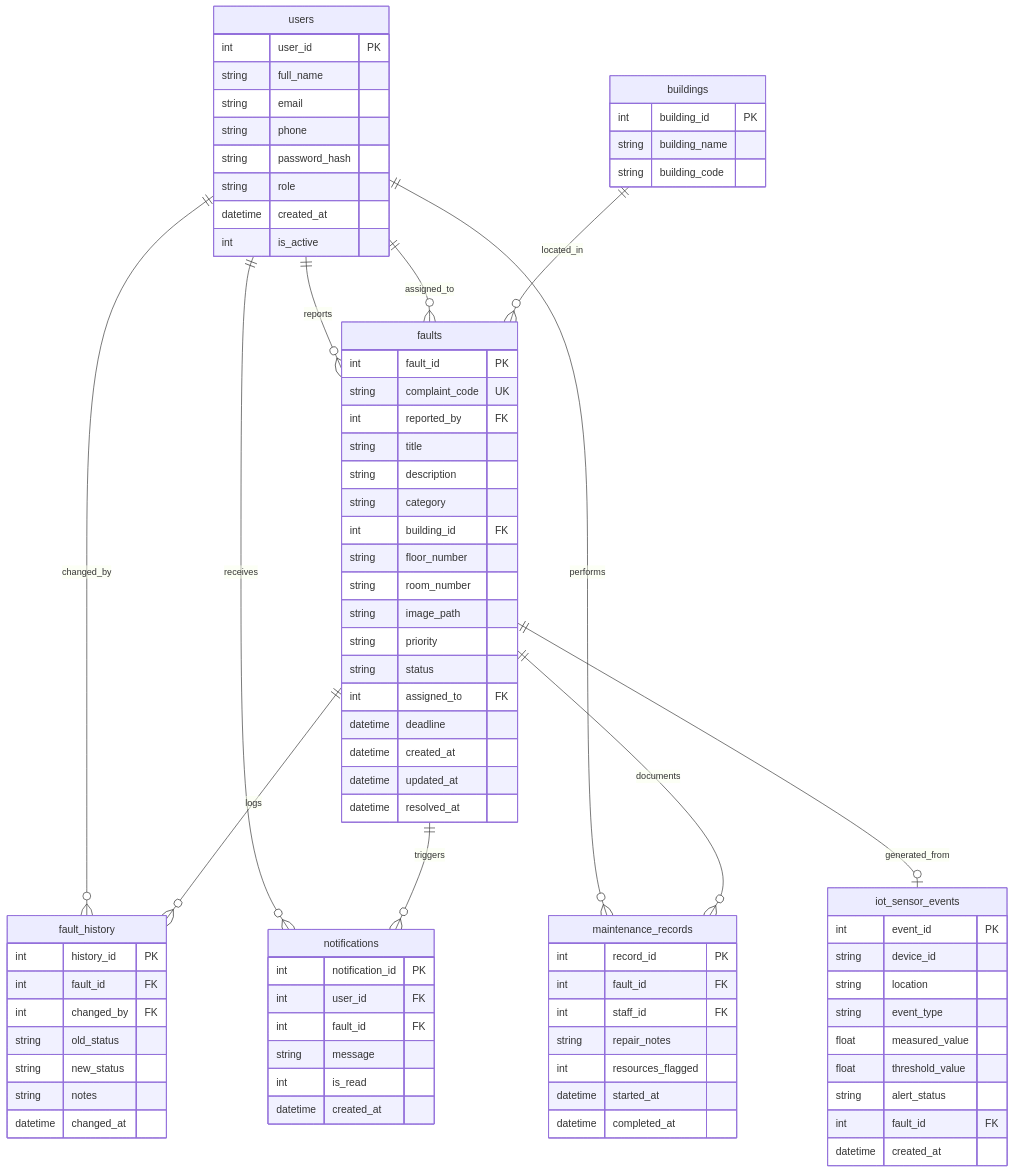
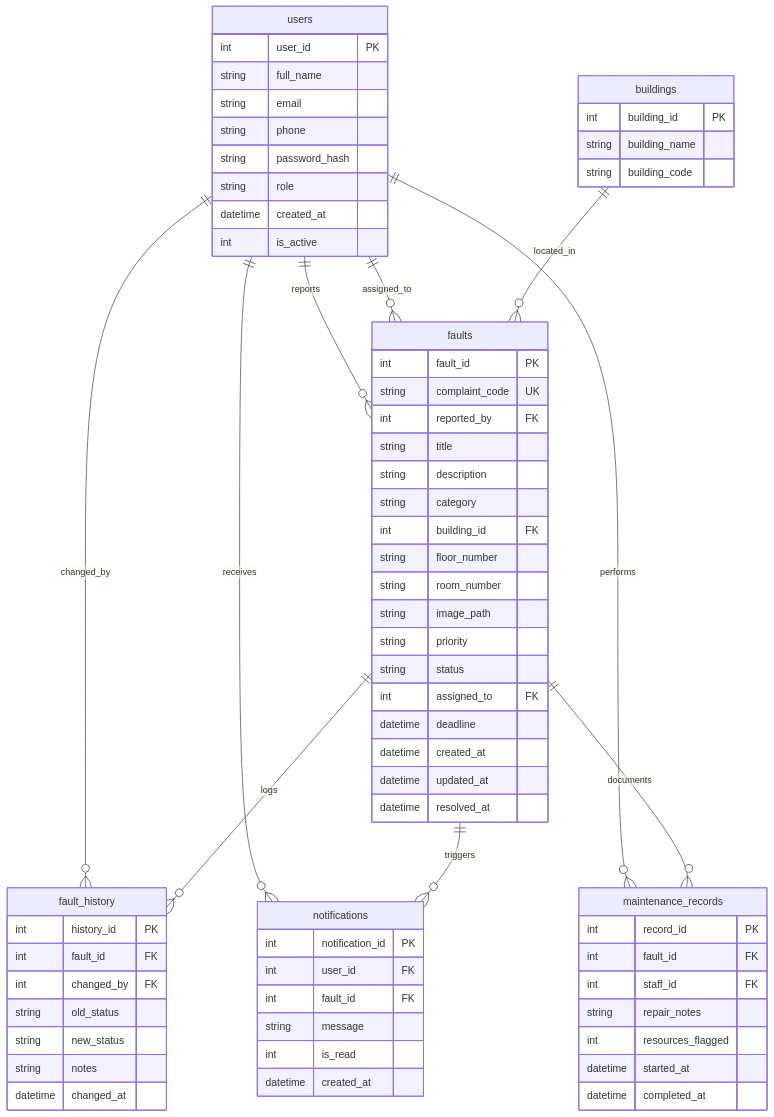
One commit to srivatsaladdu68-alt/Campus-Fix changed the second of 3 diagrams in docs/PROJECT_REPORT.md. Above: the diagram before and after it, drawn with Mermaid. The commit also changed other lines of this file and 8 other files, not shown here.

````diff
--- a/docs/PROJECT_REPORT.md
+++ b/docs/PROJECT_REPORT.md
@@ -61,7 +59,6 @@
     faults ||--o{ fault_history : "logs"
     faults ||--o{ notifications : "triggers"
     faults ||--o{ maintenance_records : "documents"
-    faults ||--o| iot_sensor_events : "generated_from"
 
     users {
         int user_id PK
@@ -128,16 +125,4 @@
         datetime started_at
         datetime completed_at
     }
-
-    iot_sensor_events {
-        int event_id PK
-        string device_id
-        string location
-        string event_type
-        float measured_value
-        float threshold_value
-        string alert_status
-        int fault_id FK
-        datetime created_at
-    }
 ```
````
